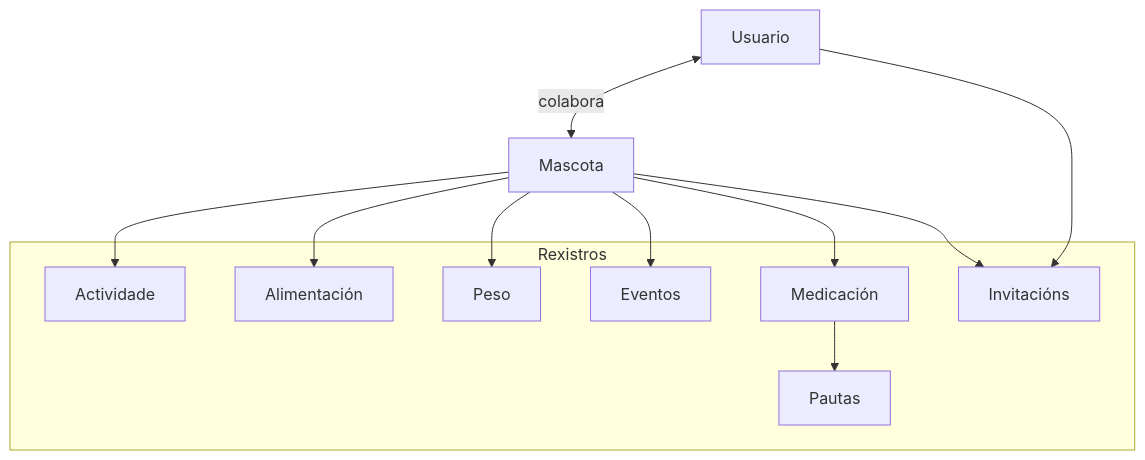
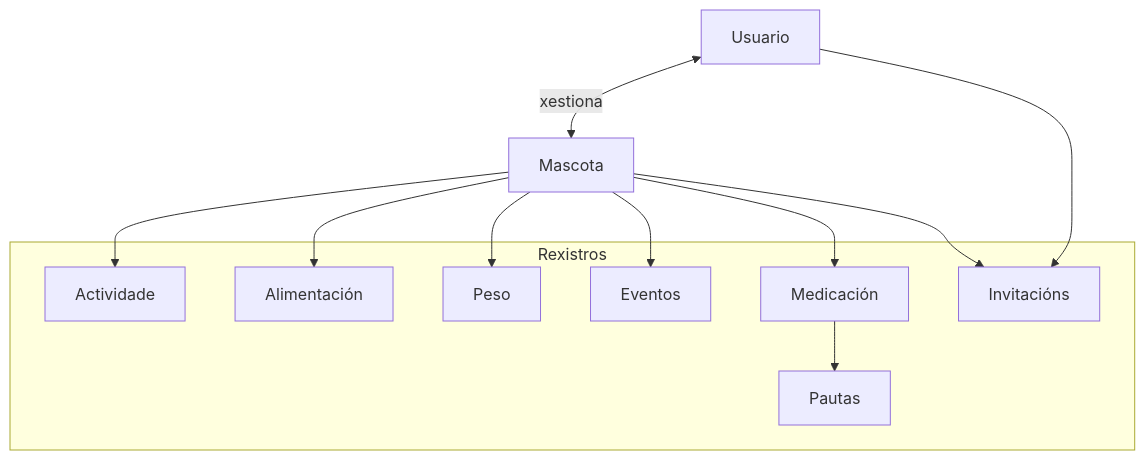
The first of 5 diagrams in doc/templates/5_deseño.md (martinmgd/PetCare), drawn with Mermaid before and after one commit. The commit also changed 65 other files, not shown here.

````diff
--- a/doc/templates/5_deseño.md
+++ b/doc/templates/5_deseño.md
@@ -28,28 +28,28 @@
 ```mermaid
 flowchart TB
 
 Usuario[Usuario]
 Mascota[Mascota]
 
 subgraph Rexistros
 A[Actividade]
 AL[Alimentación]
 P[Peso]
 E[Eventos]
 ME[Medicación]
 PA[Pautas]
 I[Invitacións]
 end
 
-Usuario <-->|colabora| Mascota
+Usuario <-->|xestiona| Mascota
 
 Mascota --> A
 Mascota --> AL
 Mascota --> P
 Mascota --> E
 Mascota --> ME
 ME --> PA
 
 Mascota --> I
 Usuario --> I
 ```
````
